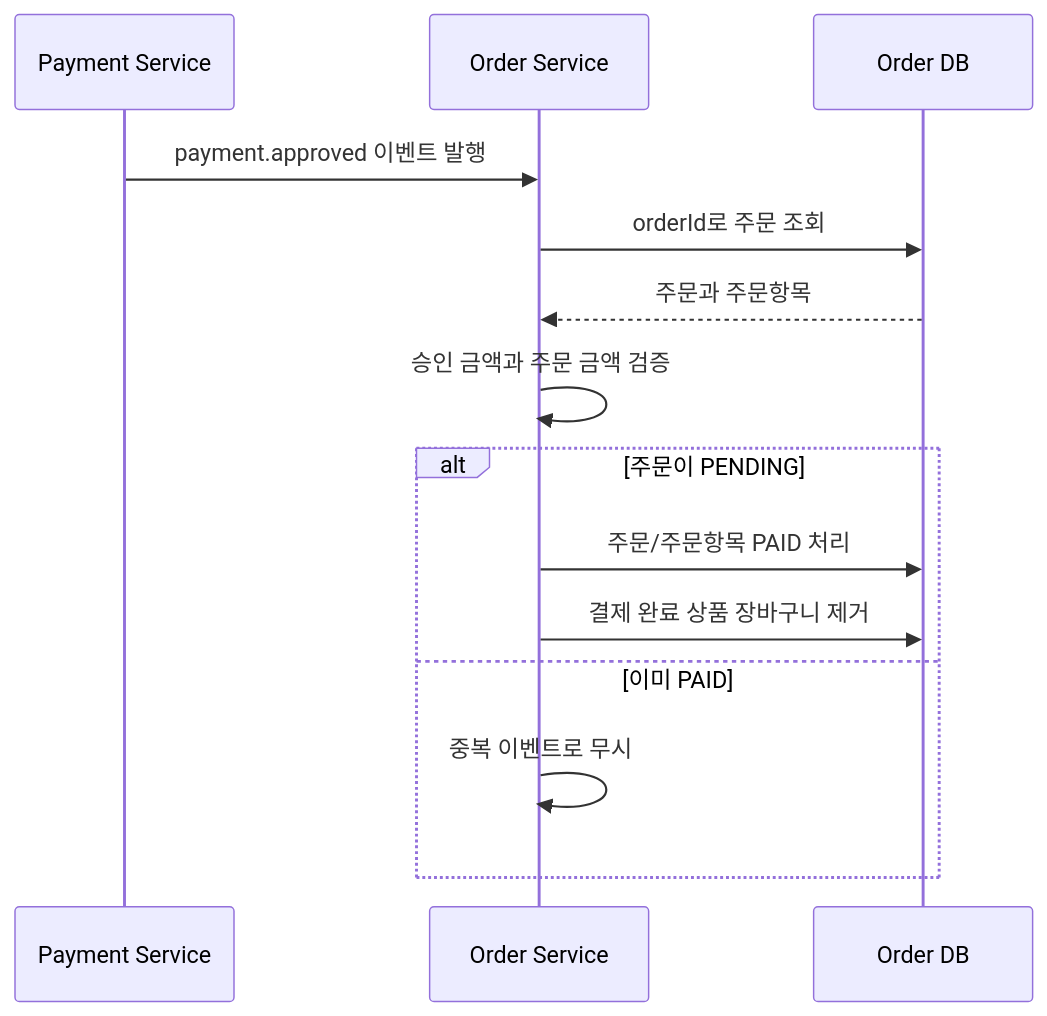
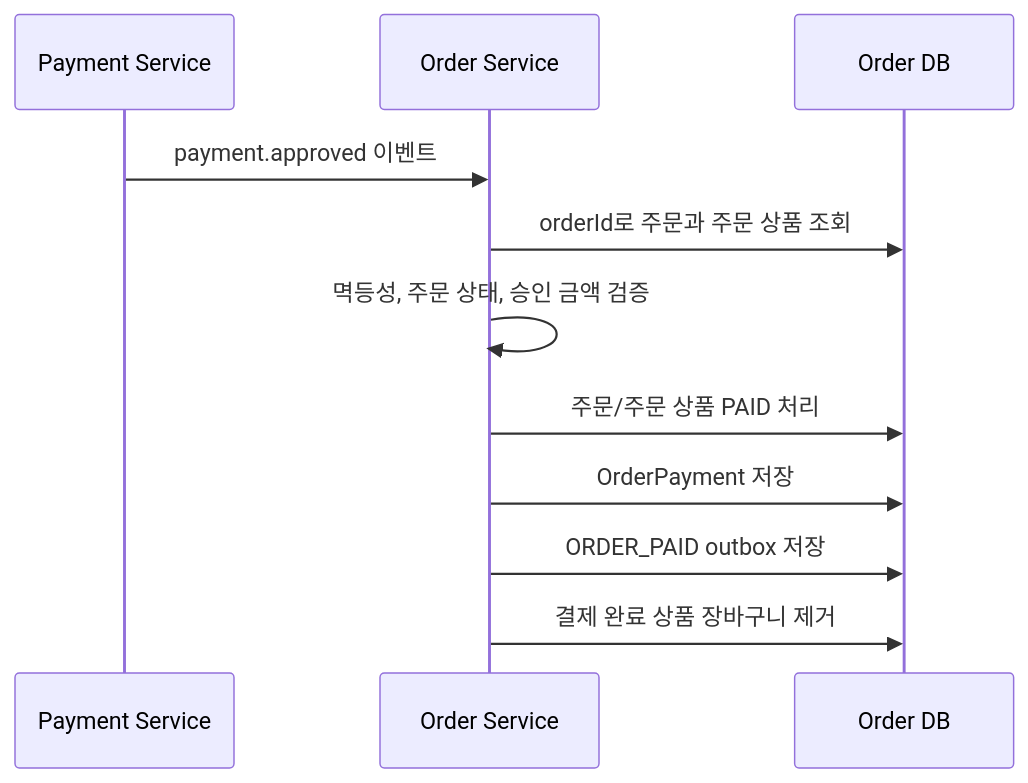
Diagram 13 of 15 in docs/architecture/order-usecase-detail.md (prgrms-be-adv-devcourse/beadv6_6_3JMT_BE), drawn with Mermaid before and after one commit. The commit also changed other lines of this file and 3 other files, not shown here.

````diff
--- a/docs/architecture/order-usecase-detail.md
+++ b/docs/architecture/order-usecase-detail.md
@@ -682,17 +419,14 @@
 ```mermaid
 sequenceDiagram
     participant Payment as Payment Service
     participant Order as Order Service
     participant DB as Order DB
 
-    Payment->>Order: payment.approved 이벤트 발행
-    Order->>DB: orderId로 주문 조회
-    DB-->>Order: 주문과 주문항목
-    Order->>Order: 승인 금액과 주문 금액 검증
-    alt 주문이 PENDING
-        Order->>DB: 주문/주문항목 PAID 처리
-        Order->>DB: 결제 완료 상품 장바구니 제거
-    else 이미 PAID
-        Order->>Order: 중복 이벤트로 무시
-    end
+    Payment->>Order: payment.approved 이벤트
+    Order->>DB: orderId로 주문과 주문 상품 조회
+    Order->>Order: 멱등성, 주문 상태, 승인 금액 검증
+    Order->>DB: 주문/주문 상품 PAID 처리
+    Order->>DB: OrderPayment 저장
+    Order->>DB: ORDER_PAID outbox 저장
+    Order->>DB: 결제 완료 상품 장바구니 제거
 ```
````
